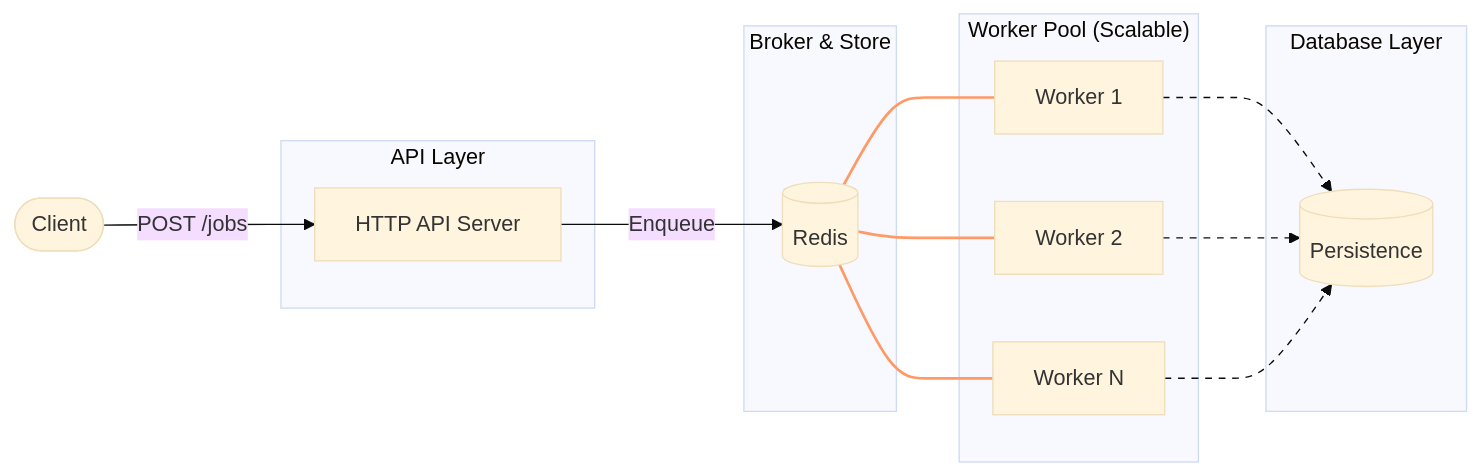
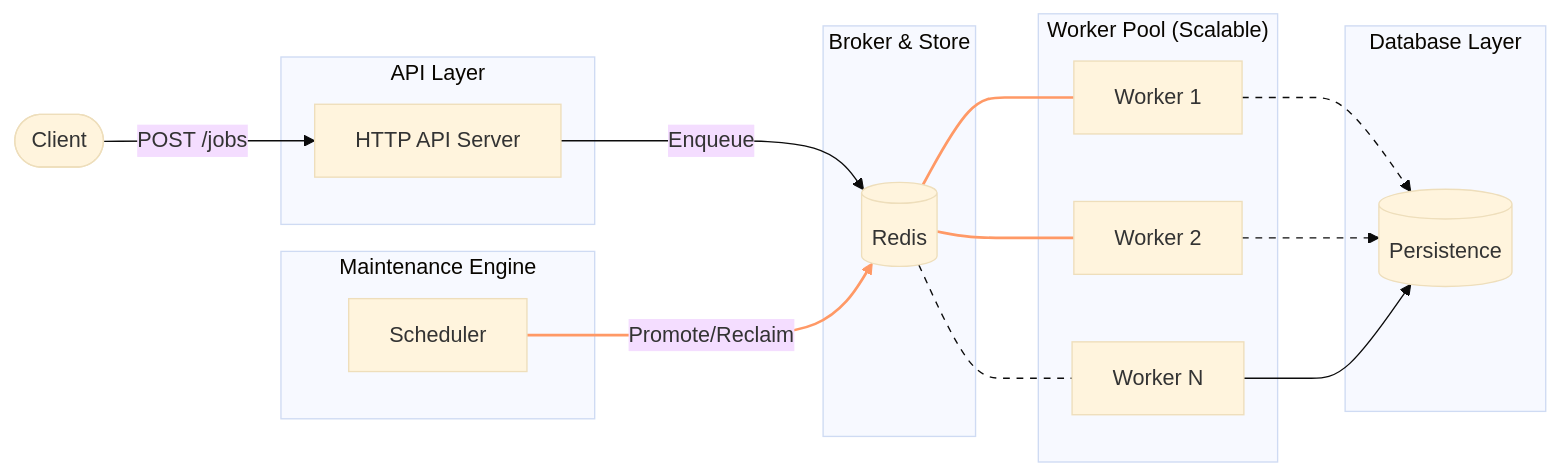
Before and after one commit to fewzfewz/task_queue_system: the diagram in README.md, drawn with Mermaid (base theme). The commit also changed other lines of this file and 1 other file, not shown here.

Commit message:
Finalize production-ready task queue with demo script, enhanced docs, and full reliability features

````diff
--- a/README.md
+++ b/README.md
@@ -9,35 +9,40 @@
 ```mermaid
 graph LR
     Client([Client])
     
     subgraph API_Layer ["API Layer"]
         API[HTTP API Server]
     end
     
     subgraph Broker ["Broker & Store"]
         Redis[(Redis)]
     end
-    
+
+    subgraph Scheduler_Service ["Maintenance Engine"]
+        SCH[Scheduler]
+    end
+
     subgraph Worker_Pool ["Worker Pool (Scalable)"]
         W1[Worker 1]
         W2[Worker 2]
         W3[Worker N]
     end
     
     subgraph DB_Layer ["Database Layer"]
         DB[(Persistence)]
     end
 
     Client -->|POST /jobs| API
     API -->|Enqueue| Redis
+    SCH -->|Promote/Reclaim| Redis
     Redis --- W1
     Redis --- W2
     Redis --- W3
     W1 --> DB
     W2 --> DB
     W3 --> DB
     
     %% Style notes
     linkStyle 2,3,4 stroke:#f96,stroke-width:2px;
     linkStyle 5,6,7 stroke-dasharray: 5 5;
 ```
````
